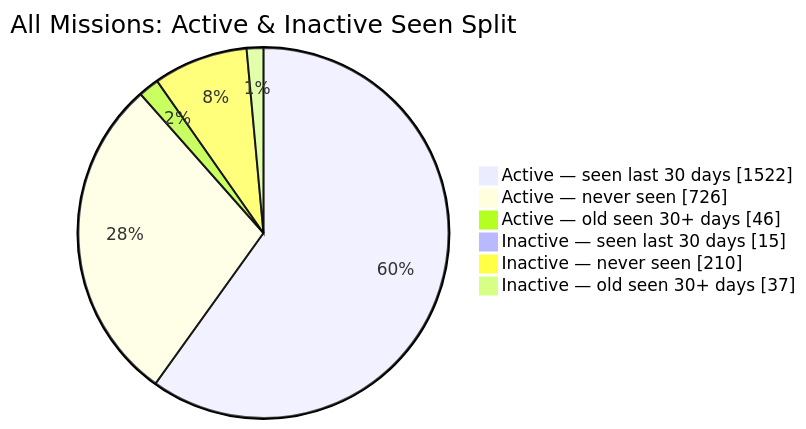
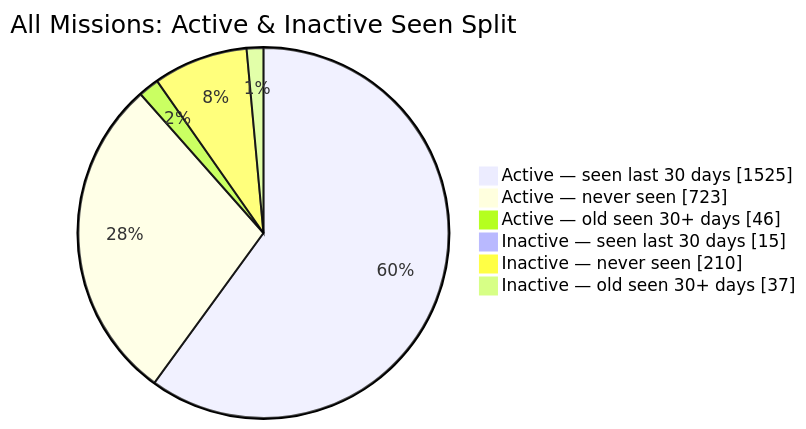
Before and after one commit to MeldkamerspelGameTeam/active-missions: the second of 2 diagrams in README.md, drawn with Mermaid. The commit also changed other lines of this file and 7 other files, not shown here.

````diff
--- a/README.md
+++ b/README.md
@@ -44,10 +44,10 @@
 ```mermaid
 pie showData
     title All Missions: Active & Inactive Seen Split
-    "Active — seen last 30 days" : 1522
-    "Active — never seen" : 726
+    "Active — seen last 30 days" : 1525
+    "Active — never seen" : 723
     "Active — old seen 30+ days" : 46
     "Inactive — seen last 30 days" : 15
     "Inactive — never seen" : 210
     "Inactive — old seen 30+ days" : 37
 ```
````
